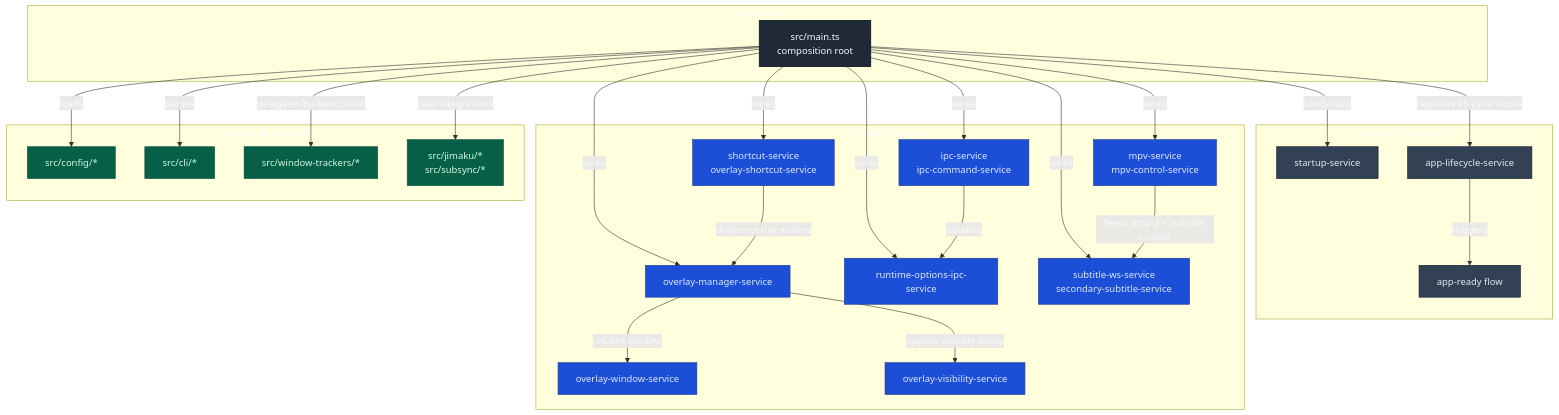
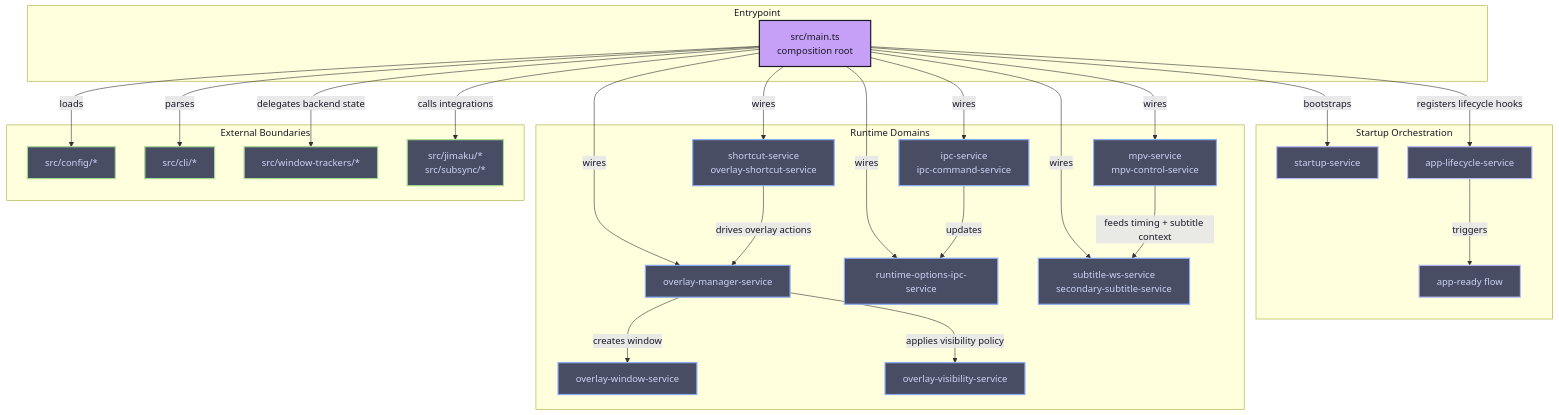
The first of 2 diagrams in docs/architecture.md (ksyasuda/SubMiner), drawn with Mermaid before and after one commit. The commit also changed other lines of this file and 3 other files, not shown here.

````diff
--- a/docs/architecture.md
+++ b/docs/architecture.md
@@ -75,61 +75,61 @@
 ```mermaid
 flowchart TD
-  classDef root fill:#1f2937,stroke:#111827,color:#f9fafb,stroke-width:1.5px;
-  classDef orchestration fill:#334155,stroke:#0f172a,color:#e2e8f0;
-  classDef domain fill:#1d4ed8,stroke:#1e3a8a,color:#dbeafe;
-  classDef boundary fill:#065f46,stroke:#064e3b,color:#d1fae5;
+  classDef root fill:#c6a0f6,stroke:#181926,color:#181926,stroke-width:2px;
+  classDef orchestration fill:#494d64,stroke:#b7bdf8,color:#cad3f5,stroke-width:2px;
+  classDef domain fill:#494d64,stroke:#8aadf4,color:#cad3f5,stroke-width:2px;
+  classDef boundary fill:#494d64,stroke:#a6da95,color:#cad3f5,stroke-width:2px;
 
   subgraph Entry["Entrypoint"]
     Main["src/main.ts\ncomposition root"]
   end
   class Main root;
 
   subgraph Boot["Startup Orchestration"]
     Startup["startup-service"]
     Lifecycle["app-lifecycle-service"]
     AppReady["app-ready flow"]
   end
   class Startup,Lifecycle,AppReady orchestration;
 
   subgraph Runtime["Runtime Domains"]
     OverlayMgr["overlay-manager-service"]
     OverlayWindow["overlay-window-service"]
     OverlayVisibility["overlay-visibility-service"]
     Ipc["ipc-service\nipc-command-service"]
     RuntimeOpts["runtime-options-ipc-service"]
     Mpv["mpv-service\nmpv-control-service"]
     Subtitle["subtitle-ws-service\nsecondary-subtitle-service"]
     Shortcuts["shortcut-service\noverlay-shortcut-service"]
   end
   class OverlayMgr,OverlayWindow,OverlayVisibility,Ipc,RuntimeOpts,Mpv,Subtitle,Shortcuts domain;
 
   subgraph Adapters["External Boundaries"]
     Config["src/config/*"]
     Cli["src/cli/*"]
     Trackers["src/window-trackers/*"]
     Integrations["src/jimaku/*\nsrc/subsync/*"]
   end
   class Config,Cli,Trackers,Integrations boundary;
 
   Main -->|bootstraps| Startup
   Main -->|registers lifecycle hooks| Lifecycle
   Lifecycle -->|triggers| AppReady
 
   Main -->|wires| OverlayMgr
   Main -->|wires| Ipc
   Main -->|wires| Mpv
   Main -->|wires| Shortcuts
   Main -->|wires| RuntimeOpts
   Main -->|wires| Subtitle
 
   Main -->|loads| Config
   Main -->|parses| Cli
   Main -->|delegates backend state| Trackers
   Main -->|calls integrations| Integrations
 
   OverlayMgr -->|creates window| OverlayWindow
   OverlayMgr -->|applies visibility policy| OverlayVisibility
   Ipc -->|updates| RuntimeOpts
   Mpv -->|feeds timing + subtitle context| Subtitle
   Shortcuts -->|drives overlay actions| OverlayMgr
 ```
````
